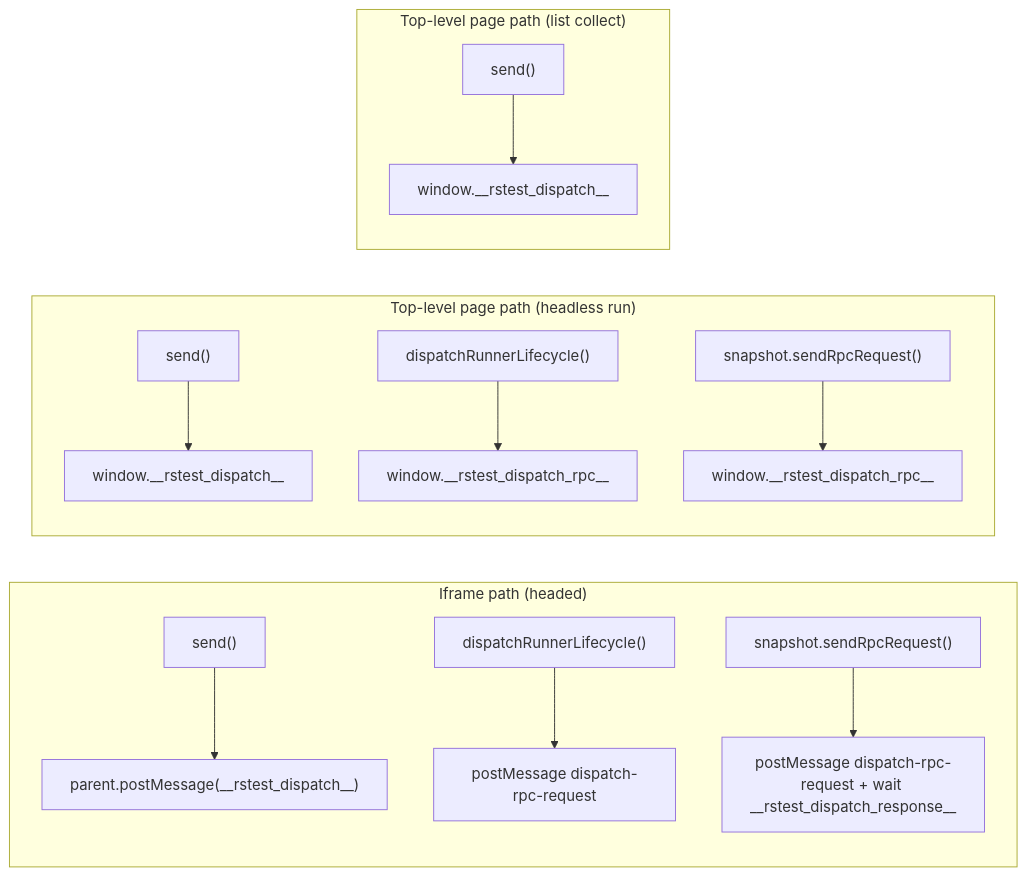
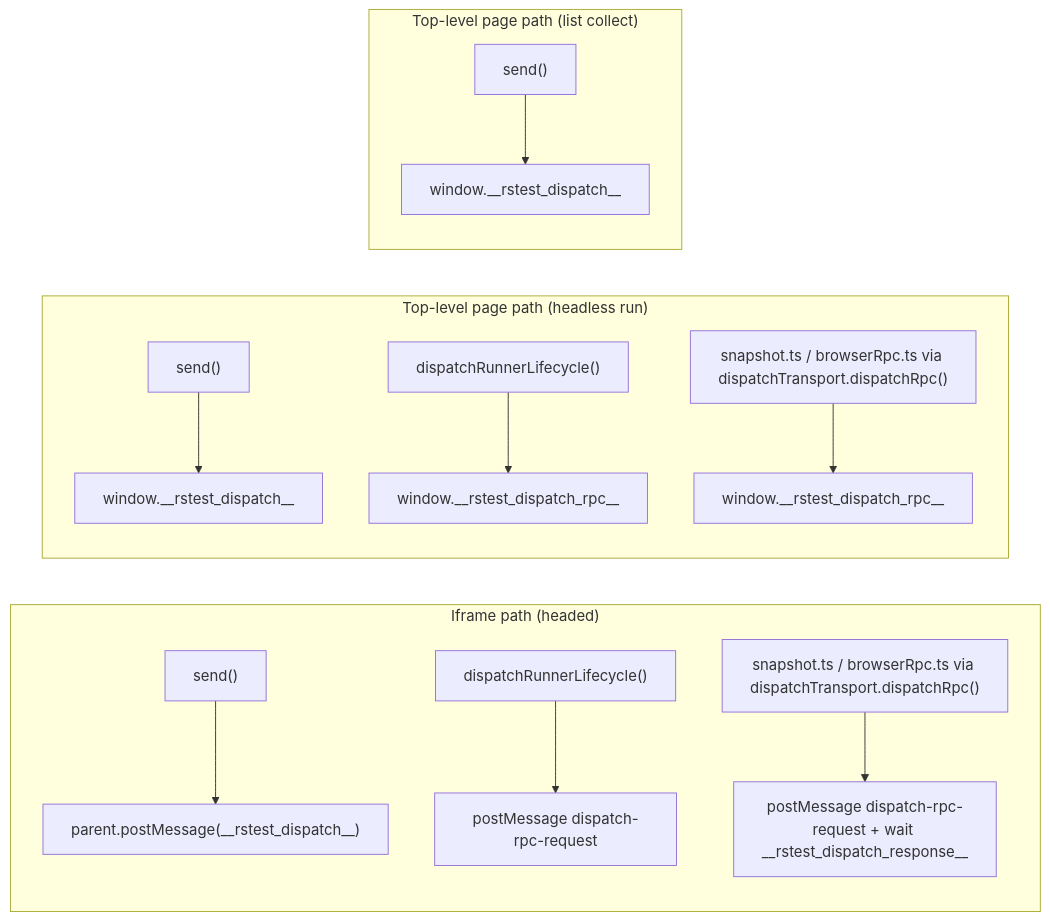
The second of 3 diagrams in packages/browser/src/client/AGENTS.md (web-infra-dev/rstest), drawn with Mermaid before and after one commit. The commit also changed other lines of this file and 76 other files, not shown here.

````diff
--- a/packages/browser/src/client/AGENTS.md
+++ b/packages/browser/src/client/AGENTS.md
@@ -32,18 +32,18 @@
 ```mermaid
 flowchart LR
   subgraph IframePath["Iframe path (headed)"]
     S1["send()"] --> P1["parent.postMessage(__rstest_dispatch__)"]
     R1["dispatchRunnerLifecycle()"] --> P2["postMessage dispatch-rpc-request"]
-    SN1["snapshot.sendRpcRequest()"] --> P3["postMessage dispatch-rpc-request + wait __rstest_dispatch_response__"]
+    SN1["snapshot.ts / browserRpc.ts via dispatchTransport.dispatchRpc()"] --> P3["postMessage dispatch-rpc-request + wait __rstest_dispatch_response__"]
   end
 
   subgraph TopLevelRunPath["Top-level page path (headless run)"]
     S2["send()"] --> D1["window.__rstest_dispatch__"]
     R2["dispatchRunnerLifecycle()"] --> D2["window.__rstest_dispatch_rpc__"]
-    SN2["snapshot.sendRpcRequest()"] --> D3["window.__rstest_dispatch_rpc__"]
+    SN2["snapshot.ts / browserRpc.ts via dispatchTransport.dispatchRpc()"] --> D3["window.__rstest_dispatch_rpc__"]
   end
 
   subgraph TopLevelCollectPath["Top-level page path (list collect)"]
     S3["send()"] --> C1["window.__rstest_dispatch__"]
   end
 ```
````
